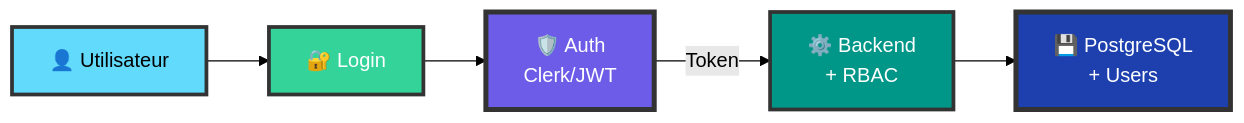
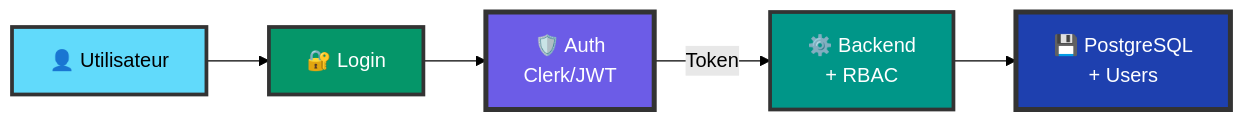
The seventh of 15 diagrams in documentation/00-ARCHITECTURE.md (inskillflow/awsbedrock-demo-1-inmemory), drawn with Mermaid (forest theme) before and after one commit. The commit also changed other lines of this file, not shown here.

First line of the commit message:
fix: correction du contraste texte/fond dans les diagrammes

````diff
--- a/documentation/00-ARCHITECTURE.md
+++ b/documentation/00-ARCHITECTURE.md
@@ -263,19 +263,19 @@
 ```mermaid
 flowchart LR
     User[👤 Utilisateur]
     Login[🔐 Login]
     Auth[🛡️ Auth<br/>Clerk/JWT]
     Backend[⚙️ Backend<br/>+ RBAC]
     DB[💾 PostgreSQL<br/>+ Users]
     
     User --> Login
     Login --> Auth
     Auth -->|Token| Backend
     Backend --> DB
     
     style User fill:#61DAFB,stroke:#333,stroke-width:3px,color:#000,font-size:16px
-    style Login fill:#34D399,stroke:#333,stroke-width:3px,color:#fff,font-size:16px
+    style Login fill:#059669,stroke:#333,stroke-width:3px,color:#fff,font-size:16px
     style Auth fill:#6C5CE7,stroke:#333,stroke-width:4px,color:#fff,font-size:16px
     style Backend fill:#009688,stroke:#333,stroke-width:3px,color:#fff,font-size:16px
     style DB fill:#1E40AF,stroke:#333,stroke-width:4px,color:#fff,font-size:16px
 ```
````
